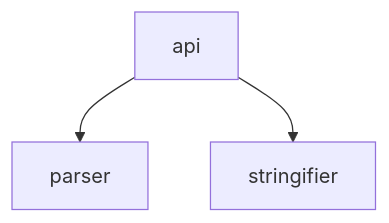
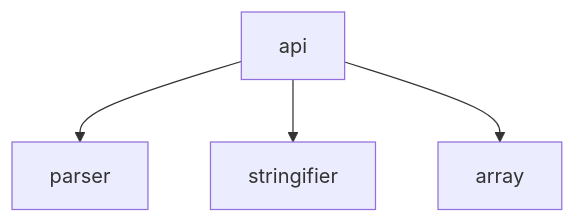
Before and after one commit to mattriley/node-pathstruct: the diagram in README.md, drawn with Mermaid. The commit also changed other lines of this file and 9 other files, not shown here.

````diff
--- a/README.md
+++ b/README.md
@@ -60,5 +60,6 @@
 ```mermaid
 graph TD;
     api-->parser;
     api-->stringifier;
+    api-->array;
 ```
````
